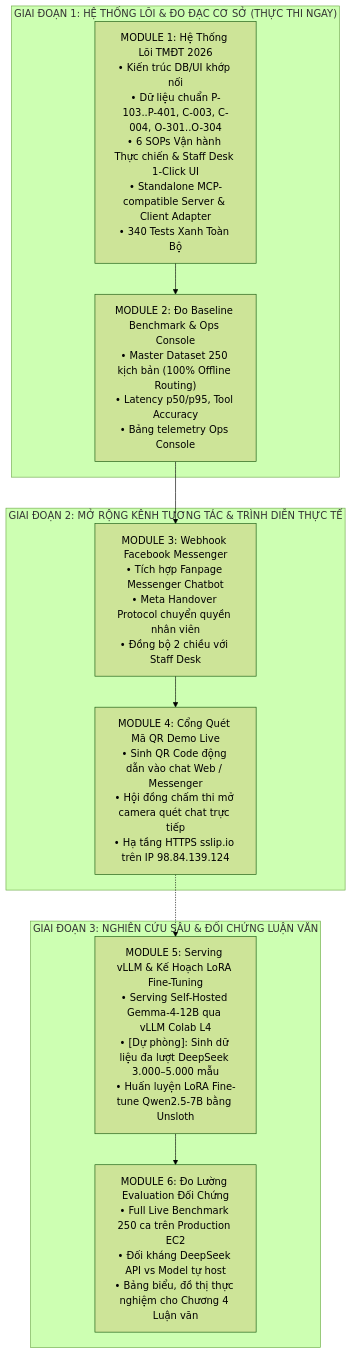
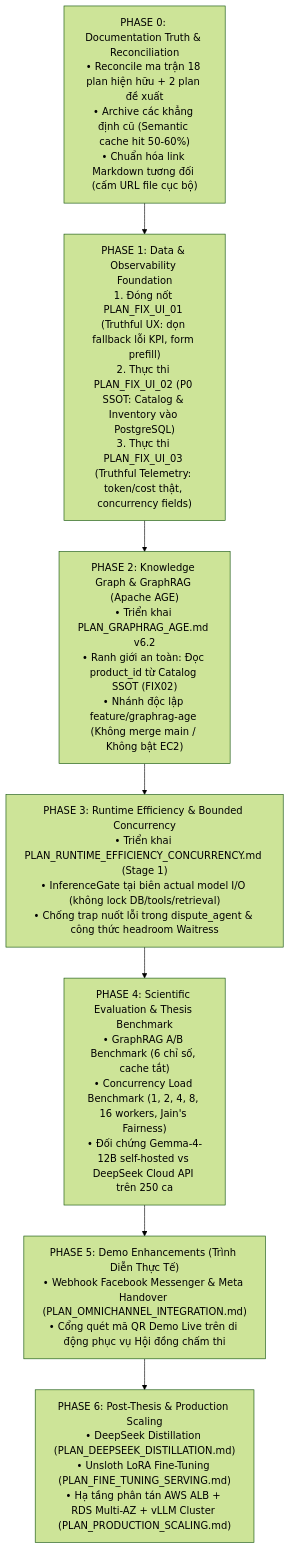
The diagram in docs/PLAN_ROADMAP_INDEX.md (tuteemovaixlong/CSKH_ban_le), drawn with Mermaid (forest theme) before and after one commit. The commit also changed other lines of this file and 9 other files, not shown here.

Commit message:
docs: complete Phase 0 reconciliation, add GraphRAG v6.2 and runtime concurrency specifications

````diff
--- a/docs/PLAN_ROADMAP_INDEX.md
+++ b/docs/PLAN_ROADMAP_INDEX.md
@@ -13,22 +13,23 @@
 ```mermaid
 flowchart TD
-    subgraph PHASE_1["GIAI ĐOẠN 1: HỆ THỐNG LÕI & ĐO ĐẠC CƠ SỞ (THỰC THI NGAY)"]
-        M1["MODULE 1: Hệ Thống Lõi TMĐT 2026<br/>• Kiến trúc DB/UI khớp nối<br/>• Dữ liệu chuẩn P-103..P-401, C-003, C-004, O-301..O-304<br/>• 6 SOPs Vận hành Thực chiến & Staff Desk 1-Click UI<br/>• Standalone MCP-compatible Server & Client Adapter<br/>• 340 Tests Xanh Toàn Bộ"]
-        M2["MODULE 2: Đo Baseline Benchmark & Ops Console<br/>• Master Dataset 250 kịch bản (100% Offline Routing)<br/>• Latency p50/p95, Tool Accuracy<br/>• Bảng telemetry Ops Console"]
-        M1 --> M2
-    end
+    P0["PHASE 0: Documentation Truth & Reconciliation<br/>• Reconcile ma trận 18 plan hiện hữu + 2 plan đề xuất<br/>• Archive các khẳng định cũ (Semantic cache hit 50-60%)<br/>• Chuẩn hóa link Markdown tương đối (cấm URL file cục bộ)"]
+    
+    P1["PHASE 1: Data & Observability Foundation<br/>1. Đóng nốt PLAN_FIX_UI_01 (Truthful UX: dọn fallback lỗi KPI, form prefill)<br/>2. Thực thi PLAN_FIX_UI_02 (P0 SSOT: Catalog & Inventory vào PostgreSQL)<br/>3. Thực thi PLAN_FIX_UI_03 (Truthful Telemetry: token/cost thật, concurrency fields)"]
+    
+    P2["PHASE 2: Knowledge Graph & GraphRAG (Apache AGE)<br/>• Triển khai PLAN_GRAPHRAG_AGE.md v6.2<br/>• Ranh giới an toàn: Đọc product_id từ Catalog SSOT (FIX02)<br/>• Nhánh độc lập feature/graphrag-age (Không merge main / Không bật EC2)"]
+    
+    P3["PHASE 3: Runtime Efficiency & Bounded Concurrency<br/>• Triển khai PLAN_RUNTIME_EFFICIENCY_CONCURRENCY.md (Stage 1)<br/>• InferenceGate tại biên actual model I/O (không lock DB/tools/retrieval)<br/>• Chống trap nuốt lỗi trong dispute_agent & công thức headroom Waitress"]
+    
+    P4["PHASE 4: Scientific Evaluation & Thesis Benchmark<br/>• GraphRAG A/B Benchmark (6 chỉ số, cache tắt)<br/>• Concurrency Load Benchmark (1, 2, 4, 8, 16 workers, Jain's Fairness)<br/>• Đối chứng Gemma-4-12B self-hosted vs DeepSeek Cloud API trên 250 ca"]
+    
+    P5["PHASE 5: Demo Enhancements (Trình Diễn Thực Tế)<br/>• Webhook Facebook Messenger & Meta Handover (PLAN_OMNICHANNEL_INTEGRATION.md)<br/>• Cổng quét mã QR Demo Live trên di động phục vụ Hội đồng chấm thi"]
+    
+    P6["PHASE 6: Post-Thesis & Production Scaling<br/>• DeepSeek Distillation (PLAN_DEEPSEEK_DISTILLATION.md)<br/>• Unsloth LoRA Fine-Tuning (PLAN_FINE_TUNING_SERVING.md)<br/>• Hạ tầng phân tán AWS ALB + RDS Multi-AZ + vLLM Cluster (PLAN_PRODUCTION_SCALING.md)"]
 
-    subgraph PHASE_2["GIAI ĐOẠN 2: MỞ RỘNG KÊNH TƯƠNG TÁC & TRÌNH DIỄN THỰC TẾ"]
-        M3["MODULE 3: Webhook Facebook Messenger<br/>• Tích hợp Fanpage Messenger Chatbot<br/>• Meta Handover Protocol chuyển quyền nhân viên<br/>• Đồng bộ 2 chiều với Staff Desk"]
-        M4["MODULE 4: Cổng Quét Mã QR Demo Live<br/>• Sinh QR Code động dẫn vào chat Web / Messenger<br/>• Hội đồng chấm thi mở camera quét chat trực tiếp<br/>• Hạ tầng HTTPS sslip.io trên IP 98.84.139.124"]
-        M2 --> M3
-        M3 --> M4
-    end
-
-    subgraph PHASE_3["GIAI ĐOẠN 3: NGHIÊN CỨU SÂU & ĐỐI CHỨNG LUẬN VĂN"]
-        M5["MODULE 5: Serving vLLM & Kế Hoạch LoRA Fine-Tuning<br/>• Serving Self-Hosted Gemma-4-12B qua vLLM Colab L4<br/>• [Dự phòng]: Sinh dữ liệu đa lượt DeepSeek 3.000–5.000 mẫu<br/>• Huấn luyện LoRA Fine-tune Qwen2.5-7B bằng Unsloth"]
-        M6["MODULE 6: Đo Lường Evaluation Đối Chứng<br/>• Full Live Benchmark 250 ca trên Production EC2<br/>• Đối kháng DeepSeek API vs Model tự host<br/>• Bảng biểu, đồ thị thực nghiệm cho Chương 4 Luận văn"]
-        M4 -.-> M5
-        M5 --> M6
-    end
+    P0 --> P1
+    P1 --> P2
+    P2 --> P3
+    P3 --> P4
+    P4 --> P5
+    P5 --> P6
 ```
````
